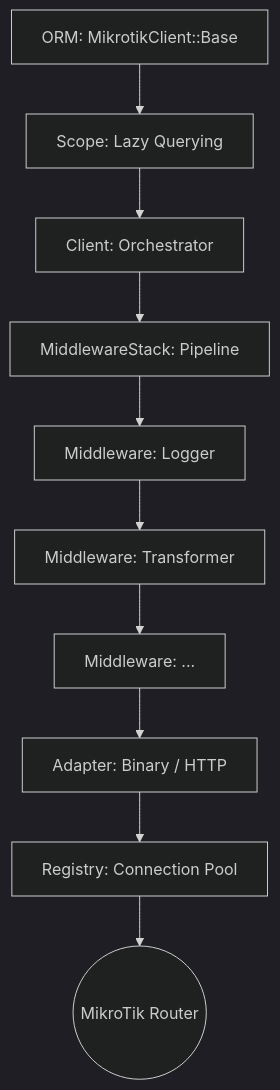
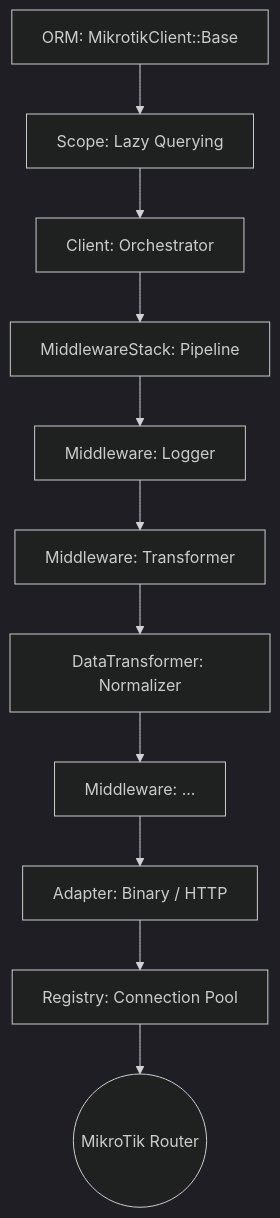
One commit to gedera/mikrotik_client changed the diagram in ARCHITECTURE.md. Above: the diagram before and after it, drawn with Mermaid (dark theme). The commit also changed other lines of this file and 1 other file, not shown here.

Commit message:
docs: finalize streaming documentation and include DataTransformer in architecture guide

````diff
--- a/ARCHITECTURE.md
+++ b/ARCHITECTURE.md
@@ -9,12 +9,13 @@
 ```mermaid
 graph TD
     ORM[ORM: MikrotikClient::Base] --> Scope[Scope: Lazy Querying]
     Scope --> Client[Client: Orchestrator]
     Client --> Builder[MiddlewareStack: Pipeline]
     Builder --> M1[Middleware: Logger]
     M1 --> M2[Middleware: Transformer]
-    M2 --> M3[Middleware: ...]
+    M2 --> DT[DataTransformer: Normalizer]
+    DT --> M3[Middleware: ...]
     M3 --> Adapter[Adapter: Binary / HTTP]
     Adapter --> Registry[Registry: Connection Pool]
     Registry --> Router((MikroTik Router))
 ```
````
